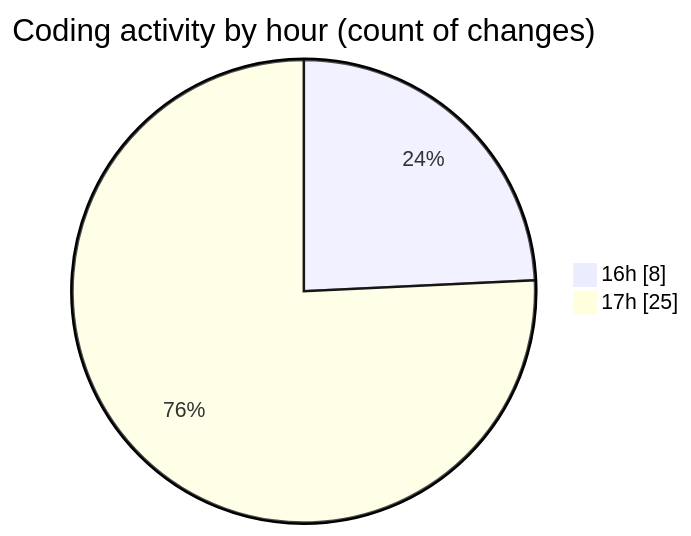
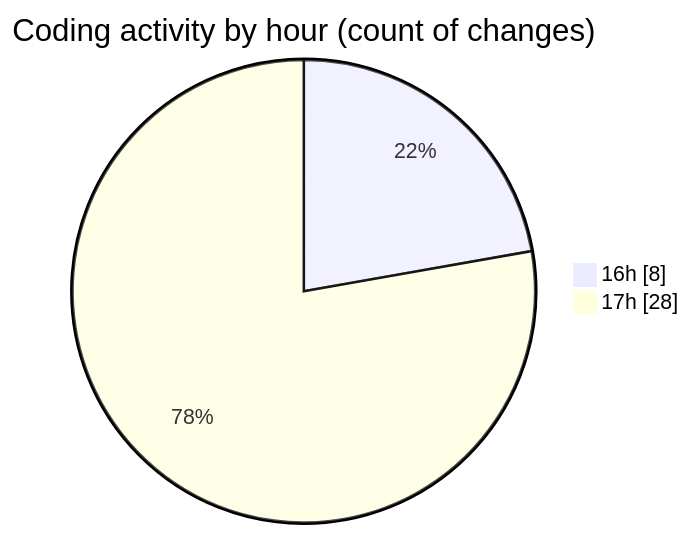
One commit to robertbonfada/code-tracking changed the second of 2 diagrams in 2025-01-08/mbc-web/README.md. Above: the diagram before and after it, drawn with Mermaid. The commit also changed other lines of this file and 1 other file, not shown here.

````diff
--- a/2025-01-08/mbc-web/README.md
+++ b/2025-01-08/mbc-web/README.md
@@ -42,6 +42,6 @@
 ```mermaid
 pie showData
 title Coding activity by hour (count of changes)
 "16h" : 8
-"17h" : 25
+"17h" : 28
 ```
````
